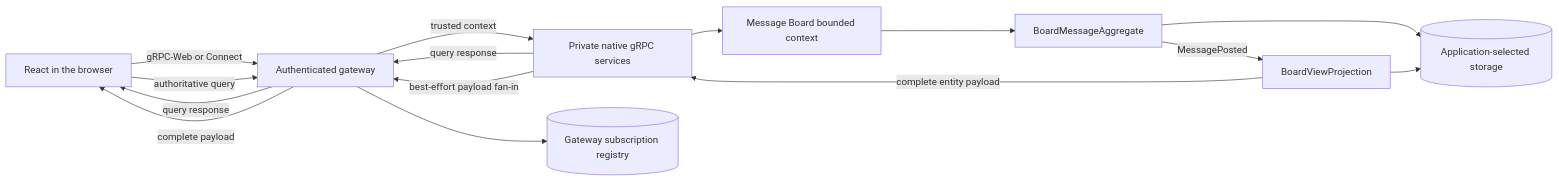
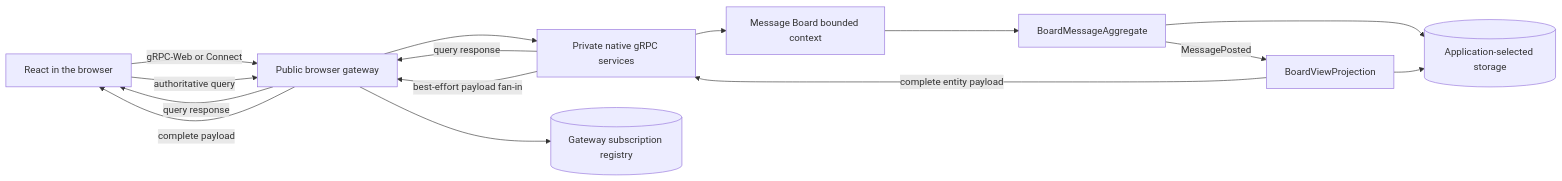
The first of 2 diagrams in examples/message-board/README.md (SpineEventEngine/spine-ts), drawn with Mermaid before and after one commit. The commit also changed other lines of this file and 10 other files, not shown here.

````diff
--- a/examples/message-board/README.md
+++ b/examples/message-board/README.md
@@ -66,17 +79,17 @@
 ```mermaid
 flowchart LR
-  React[React in the browser] -->|gRPC-Web or Connect| Gateway[Authenticated gateway]
-  Gateway -->|trusted context| Native[Private native gRPC services]
+  React[React in the browser] -->|gRPC-Web or Connect| Gateway[Public browser gateway]
+  Gateway --> Native[Private native gRPC services]
   Native --> Context[Message Board bounded context]
   Context --> Aggregate[BoardMessageAggregate]
   Aggregate -->|MessagePosted| Projection[BoardViewProjection]
   Aggregate --> Storage[(Application-selected storage)]
   Projection --> Storage
   Gateway --> Registry[(Gateway subscription registry)]
   React -->|authoritative query| Gateway
   Native -->|query response| Gateway
   Gateway -->|query response| React
   Projection -->|complete entity payload| Native
   Native -->|best-effort payload fan-in| Gateway
   Gateway -->|complete payload| React
 ```
````
